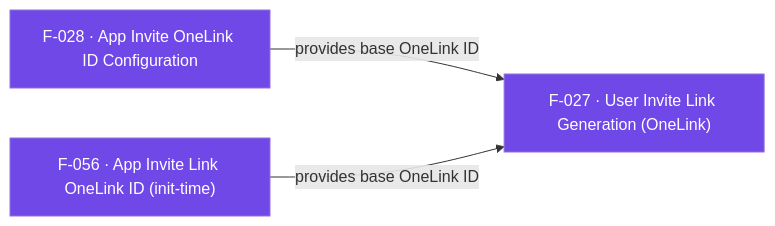
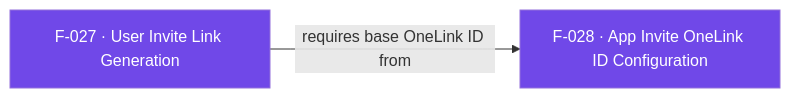
One commit to AppsFlyerSDK/appsflyer-flutter-plugin changed the diagram in internal-docs/features/F-027-user-invite-link-generation-onelink.md. Above: the diagram before and after it, drawn with Mermaid. The commit also changed other lines of this file and 199 other files, not shown here.

````diff
--- a/internal-docs/features/F-027-user-invite-link-generation-onelink.md
+++ b/internal-docs/features/F-027-user-invite-link-generation-onelink.md
@@ -75,9 +73,5 @@
 ```mermaid
 flowchart LR
-    F027["F-027 · User Invite Link Generation (OneLink)"]:::oneLinkAndGrowth
-    F028["F-028 · App Invite OneLink ID Configuration"]:::oneLinkAndGrowth
-    F056["F-056 · App Invite Link OneLink ID (init-time)"]:::oneLinkAndGrowth
-    F028 -->|"provides base OneLink ID"| F027
-    F056 -->|"provides base OneLink ID"| F027
+    F027["F-027 · User Invite Link Generation"]:::oneLinkAndGrowth -->|"requires base OneLink ID from"| F028["F-028 · App Invite OneLink ID Configuration"]:::oneLinkAndGrowth
     classDef oneLinkAndGrowth fill:#7048E8,color:#fff
 ```
````
